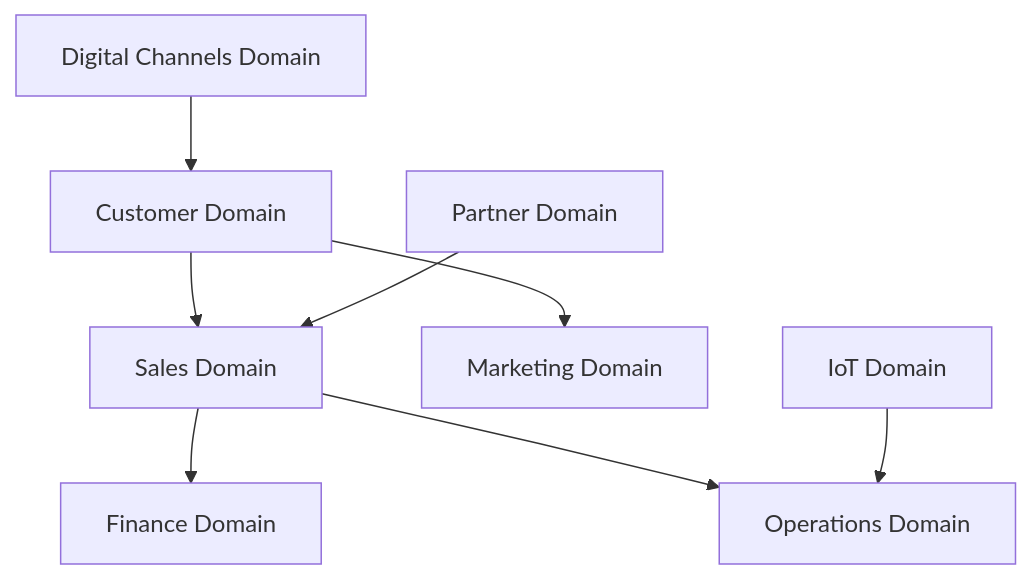
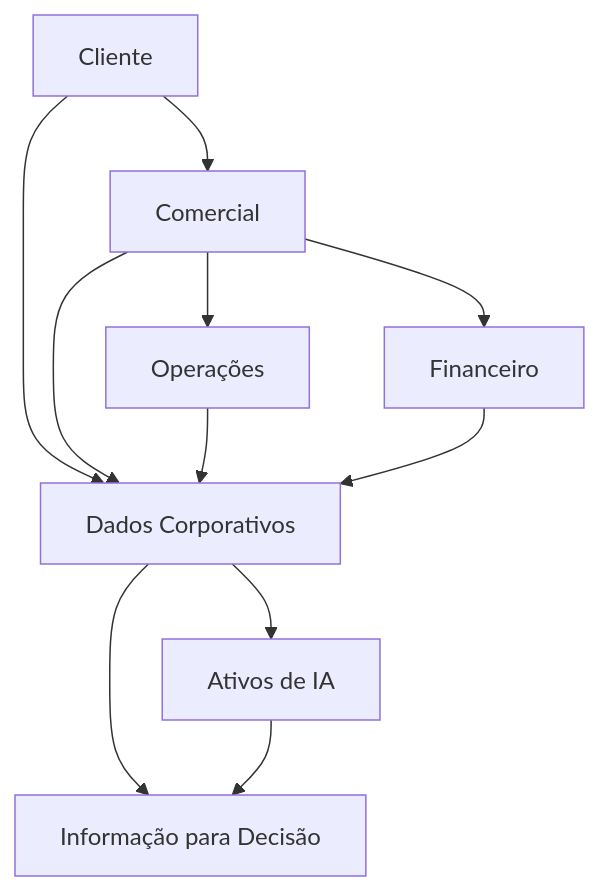
The first of 2 diagrams in programs/02-enterprise-data-ai-platform/information-architecture/data-domain-model.md (rogereufrasio/adtech-omnichannel-platform), drawn with Mermaid before and after one commit. The commit also changed other lines of this file and 260 other files, not shown here.

Commit message:
release: finalize Enterprise Architecture Practice v1.0.0

````diff
--- a/programs/02-enterprise-data-ai-platform/information-architecture/data-domain-model.md
+++ b/programs/02-enterprise-data-ai-platform/information-architecture/data-domain-model.md
@@ -49,27 +57,22 @@
 ```mermaid
 flowchart TB
 
-Customer["Customer Domain"]
+Customer["Cliente"]
+Commercial["Comercial"]
+Operations["Operações"]
+Finance["Financeiro"]
+Data["Dados Corporativos"]
+AI["Ativos de IA"]
+Decision["Informação para Decisão"]
 
-Sales["Sales Domain"]
-
-Marketing["Marketing Domain"]
-
-Finance["Finance Domain"]
-
-Operations["Operations Domain"]
-
-Digital["Digital Channels Domain"]
-
-Partner["Partner Domain"]
-
-IoT["IoT Domain"]
-
-Customer --> Sales
-Customer --> Marketing
-Sales --> Finance
-Sales --> Operations
-Digital --> Customer
-Partner --> Sales
-IoT --> Operations
+Customer --> Commercial
+Commercial --> Finance
+Commercial --> Operations
+Customer --> Data
+Commercial --> Data
+Operations --> Data
+Finance --> Data
+Data --> AI
+Data --> Decision
+AI --> Decision
 ```
````
